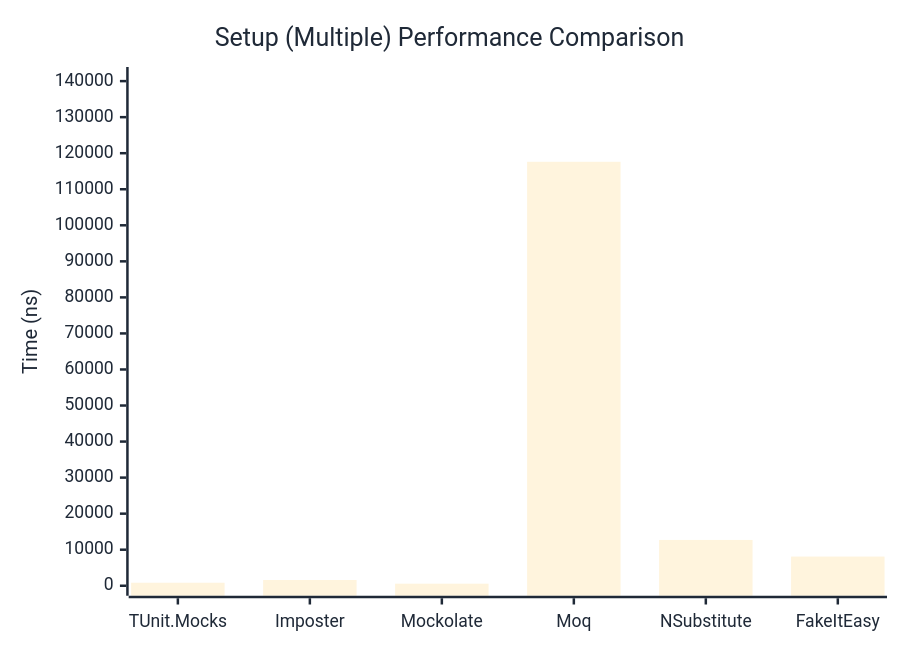
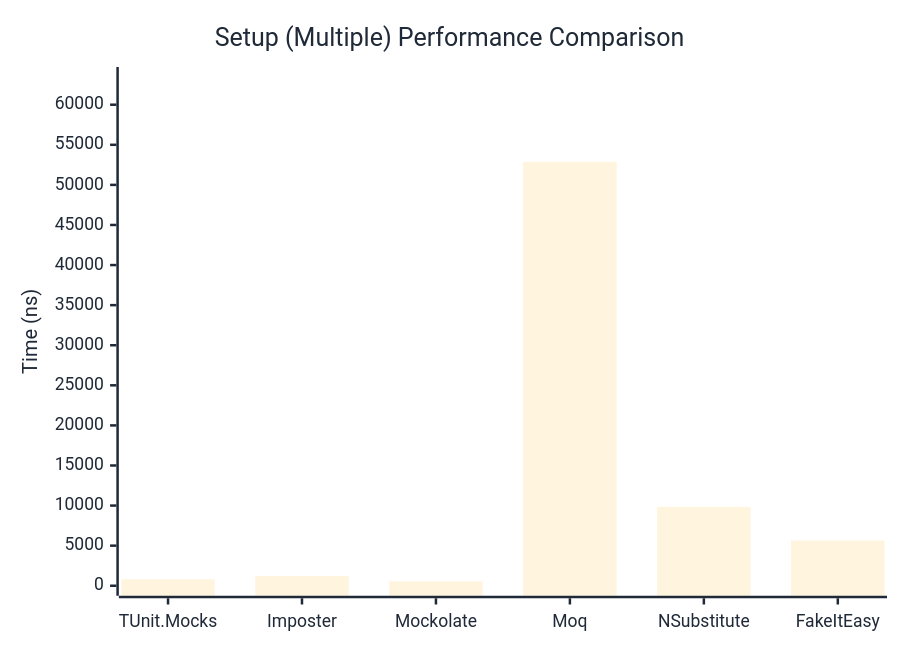
One commit to thomhurst/TUnit changed the second of 2 diagrams in docs/docs/benchmarks/mocks/Setup.md. Above: the diagram before and after it, drawn with Mermaid. The commit also changed other lines of this file and 14 other files, not shown here.

````diff
--- a/docs/docs/benchmarks/mocks/Setup.md
+++ b/docs/docs/benchmarks/mocks/Setup.md
@@ -71,27 +71,27 @@
 ```mermaid
 %%{init: {
   'theme':'base',
   'themeVariables': {
     'primaryColor': '#2563eb',
     'primaryTextColor': '#1f2937',
     'primaryBorderColor': '#1e40af',
     'lineColor': '#6b7280',
     'secondaryColor': '#7c3aed',
     'tertiaryColor': '#dc2626',
     'background': '#ffffff',
     'pie1': '#2563eb',
     'pie2': '#7c3aed',
     'pie3': '#dc2626',
     'pie4': '#f59e0b',
     'pie5': '#10b981',
     'pie6': '#06b6d4',
     'pie7': '#ec4899',
     'pie8': '#6366f1'
   }
 }}%%
 xychart-beta
   title "Setup (Multiple) Performance Comparison"
   x-axis ["TUnit.Mocks", "Imposter", "Mockolate", "Moq", "NSubstitute", "FakeItEasy"]
-  y-axis "Time (ns)" 0 --> 141141
-  bar [838.4, 1597, 575.4, 117616.8, 12707.1, 8095]
+  y-axis "Time (ns)" 0 --> 63456
+  bar [806.6, 1218.2, 543.2, 52879.2, 9839.9, 5638.6]
 ```
````
